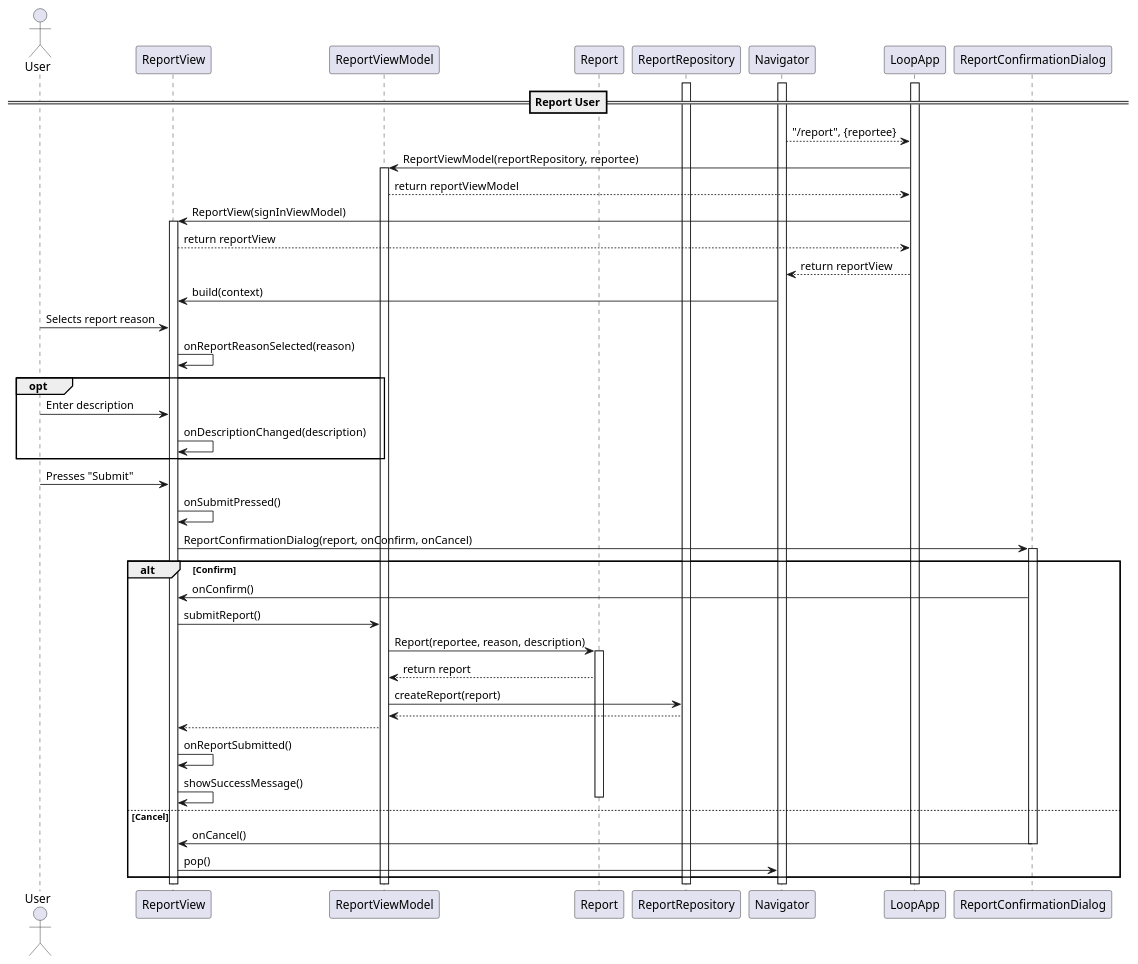
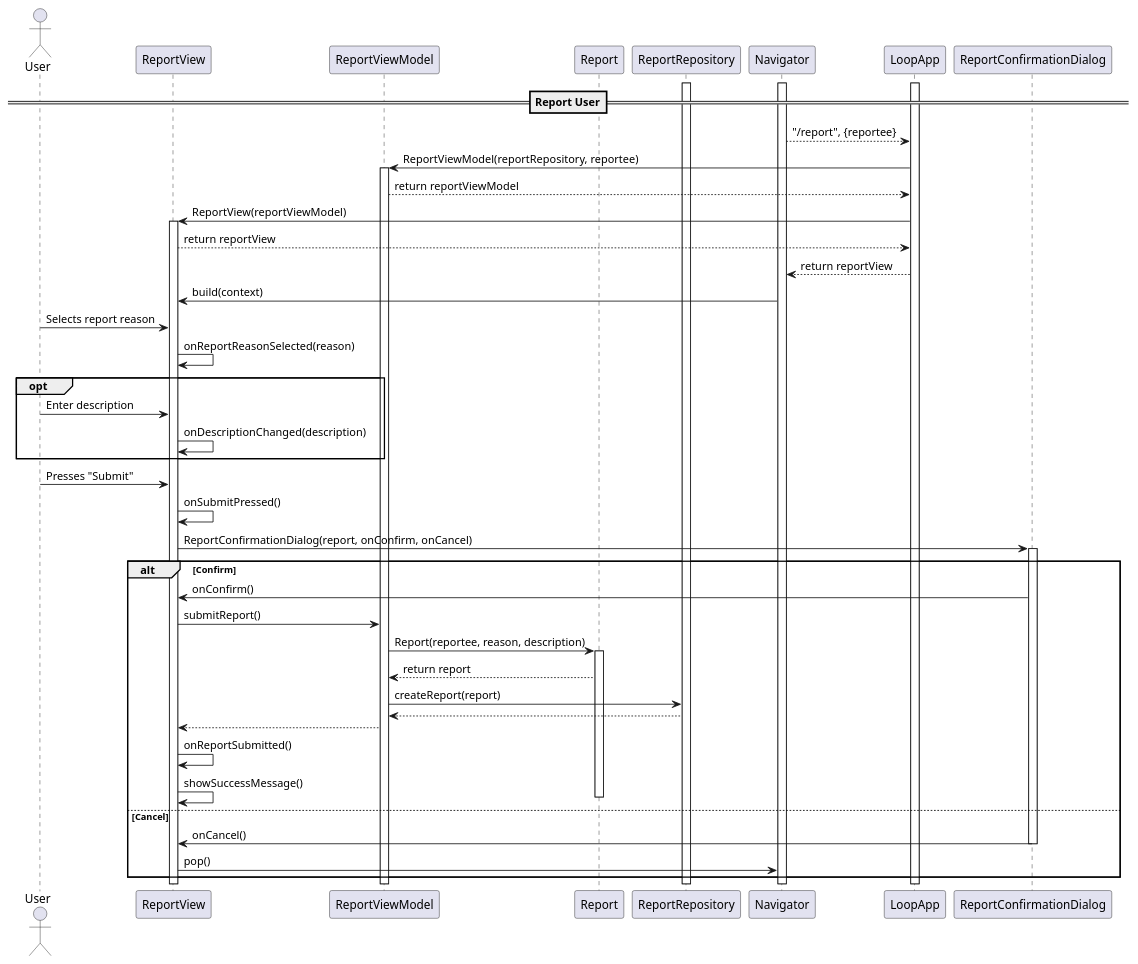
One commit to YannisRavasopoulos/ProjectSD_S6 changed the diagram in reports/sequence/report-user.plantuml. Above: the diagram before and after it, drawn with PlantUML. The commit also changed 1 other file, not shown here.

```diff
--- a/reports/sequence/report-user.plantuml
+++ b/reports/sequence/report-user.plantuml
@@ -1,53 +1,53 @@
 @startuml
 
 actor User
 participant ReportView
 participant ReportViewModel
 participant Report
 participant ReportRepository
 participant Navigator
 participant LoopApp
 
 activate Navigator
 activate LoopApp
 activate ReportRepository
 
 ==Report User==
 
 Navigator --> LoopApp: "/report", {reportee}
 LoopApp -> ReportViewModel: ReportViewModel(reportRepository, reportee)
 activate ReportViewModel
 ReportViewModel --> LoopApp: return reportViewModel
-LoopApp -> ReportView: ReportView(signInViewModel)
+LoopApp -> ReportView: ReportView(reportViewModel)
 activate ReportView
 ReportView --> LoopApp: return reportView
 LoopApp --> Navigator: return reportView
 Navigator -> ReportView: build(context)
 User -> ReportView: Selects report reason
 ReportView -> ReportView: onReportReasonSelected(reason)
 opt
     User -> ReportView: Enter description
     ReportView -> ReportView: onDescriptionChanged(description)
 end
 User -> ReportView: Presses "Submit"
 ReportView -> ReportView: onSubmitPressed()
 ReportView -> ReportConfirmationDialog: ReportConfirmationDialog(report, onConfirm, onCancel)
 activate ReportConfirmationDialog
 alt Confirm
     ReportConfirmationDialog -> ReportView: onConfirm()
     ReportView -> ReportViewModel: submitReport()
     ReportViewModel -> Report: Report(reportee, reason, description)
     activate Report
     Report --> ReportViewModel: return report
     ReportViewModel -> ReportRepository: createReport(report)
     ReportRepository --> ReportViewModel
     ReportViewModel --> ReportView
     ReportView -> ReportView: onReportSubmitted()
     ReportView -> ReportView: showSuccessMessage()
     deactivate Report
 else Cancel
     ReportConfirmationDialog -> ReportView: onCancel()
     deactivate ReportConfirmationDialog
     ReportView -> Navigator: pop()
 end
 @enduml
```
